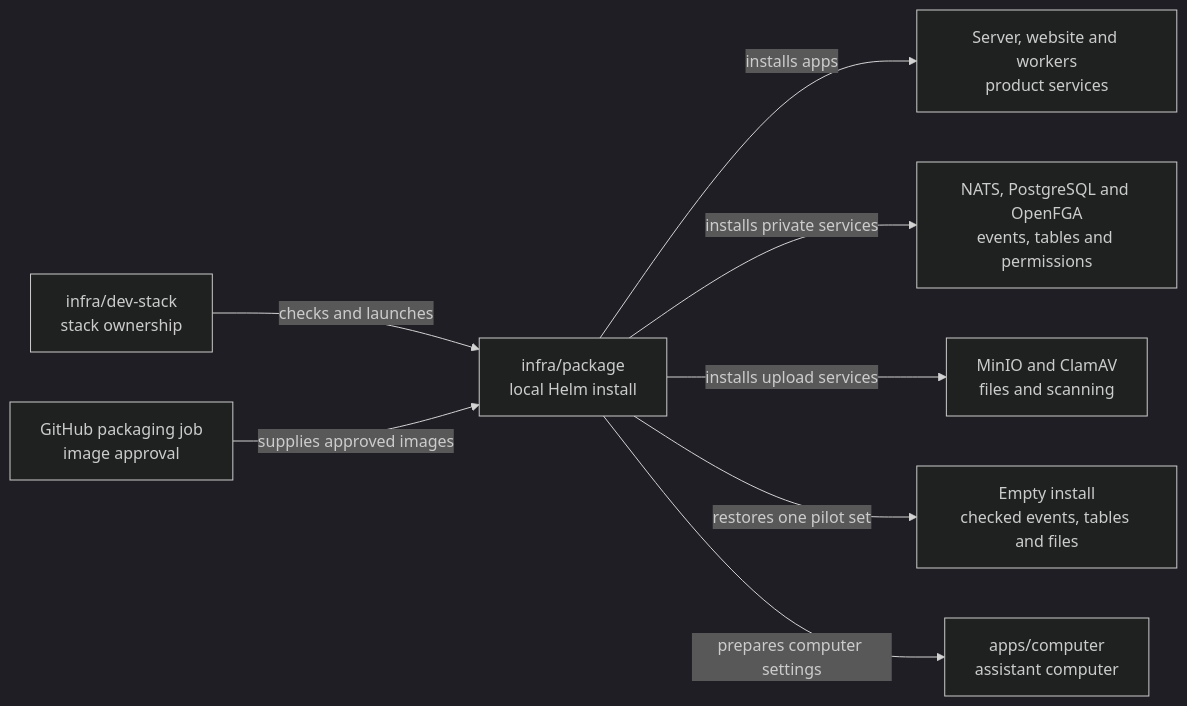
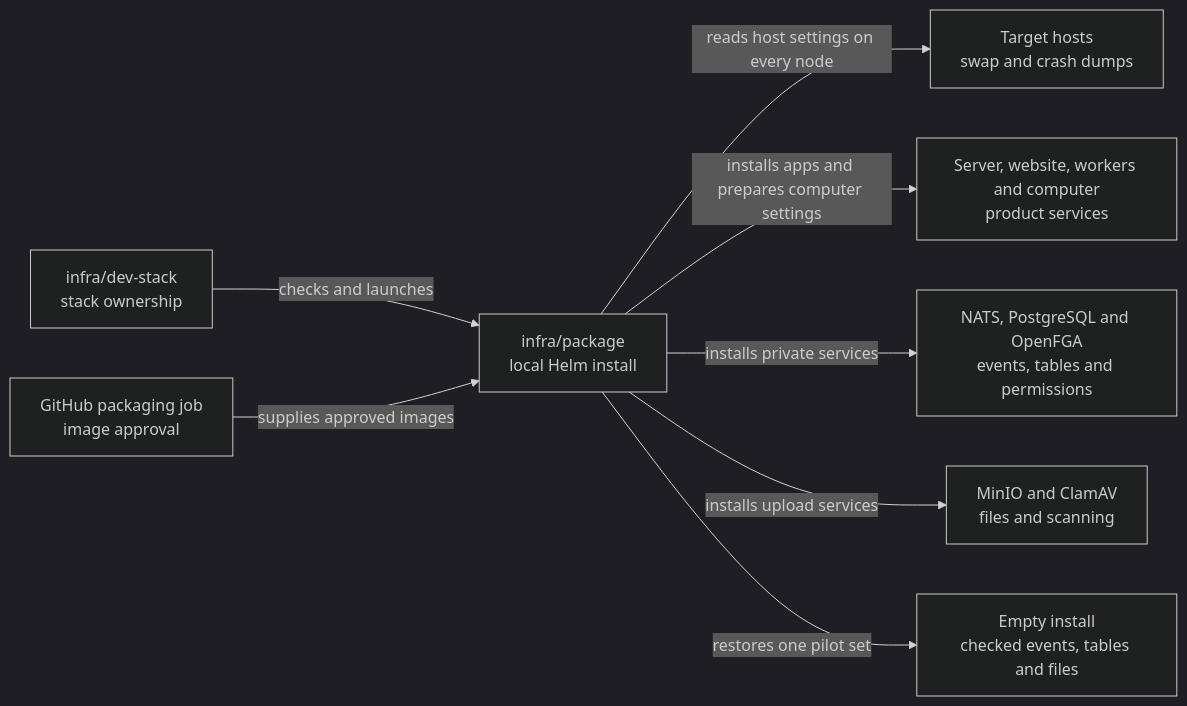
Before and after one commit to elewa-git/opencrane-new: the diagram in infra/package/README.md, drawn with Mermaid (dark theme). The commit also changed other lines of this file and 78 other files, not shown here.

First line of the commit message:
Refuse package installs on unsafe host swap and crash dumps (#1169)

````diff
--- a/infra/package/README.md
+++ b/infra/package/README.md
@@ -18,10 +18,10 @@
 ```mermaid
 flowchart LR
   stack["infra/dev-stack<br/>stack ownership"] -->|checks and launches| package["infra/package<br/>local Helm install"]
   packaging["GitHub packaging job<br/>image approval"] -->|supplies approved images| package
-  package -->|installs apps| apps["Server, website and workers<br/>product services"]
+  package -->|reads host settings on every node| hosts["Target hosts<br/>swap and crash dumps"]
+  package -->|installs apps and prepares computer settings| apps["Server, website, workers and computer<br/>product services"]
   package -->|installs private services| services["NATS, PostgreSQL and OpenFGA<br/>events, tables and permissions"]
   package -->|installs upload services| files["MinIO and ClamAV<br/>files and scanning"]
   package -->|restores one pilot set| restore["Empty install<br/>checked events, tables and files"]
-  package -->|prepares computer settings| computer["apps/computer<br/>assistant computer"]
 ```
````
